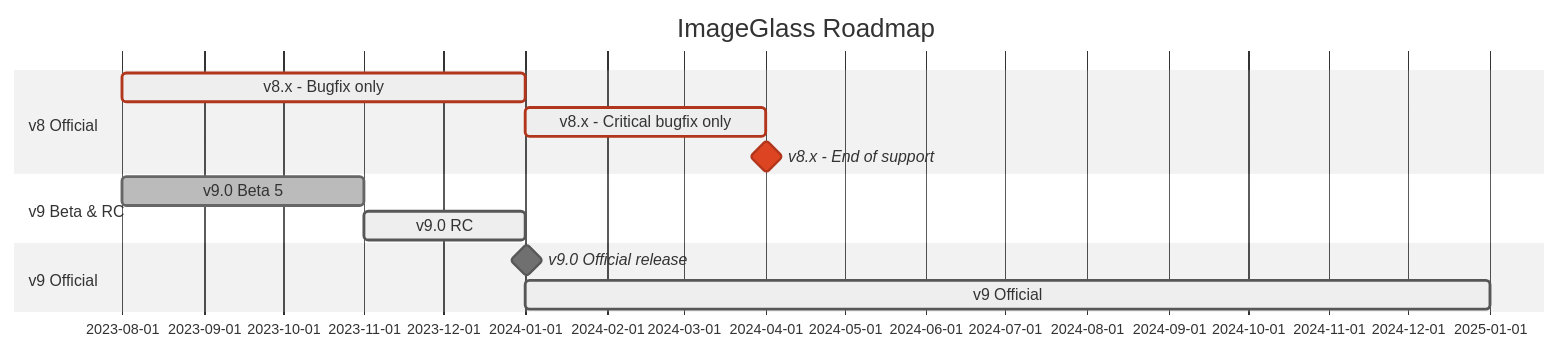
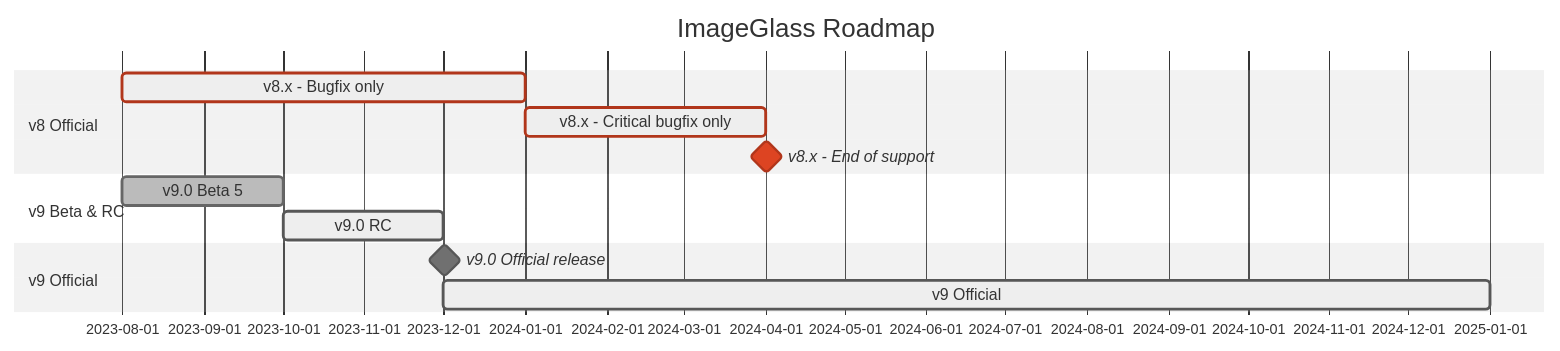
The diagram in README.md (d2phap/ImageGlass), drawn with Mermaid (neutral theme) before and after one commit. The commit also changed other lines of this file and 296 other files, not shown here.

````diff
--- a/README.md
+++ b/README.md
@@ -38,18 +38,18 @@
 ```mermaid
 gantt
 dateFormat YYYY-MM
 title ImageGlass Roadmap
 
 section v8 Official
 v8.x - Bugfix only             :crit, active, des1, 2023-08,2024-01
 v8.x - Critical bugfix only    :crit, active, des1, 2024-01,2024-04
 v8.x - End of support          :crit, milestone, m1, 2024-04, 1d
 
 section v9 Beta & RC
-v9.0 Beta 5              :done, des2, 2023-08,2023-11
-v9.0 RC                  :active, des2, 2023-11,2024-01
+v9.0 Beta 5              :done, des2, 2023-08,2023-10
+v9.0 RC                  :active, des2, 2023-10,2023-12
 
 section v9 Official
-v9.0 Official release    :milestone, m1, 2024-01, 1d
-v9 Official              :active, des2, 2024-01,2025-01
+v9.0 Official release    :milestone, m1, 2023-12, 1d
+v9 Official              :active, des2, 2023-12,2025-01
 ```
````
